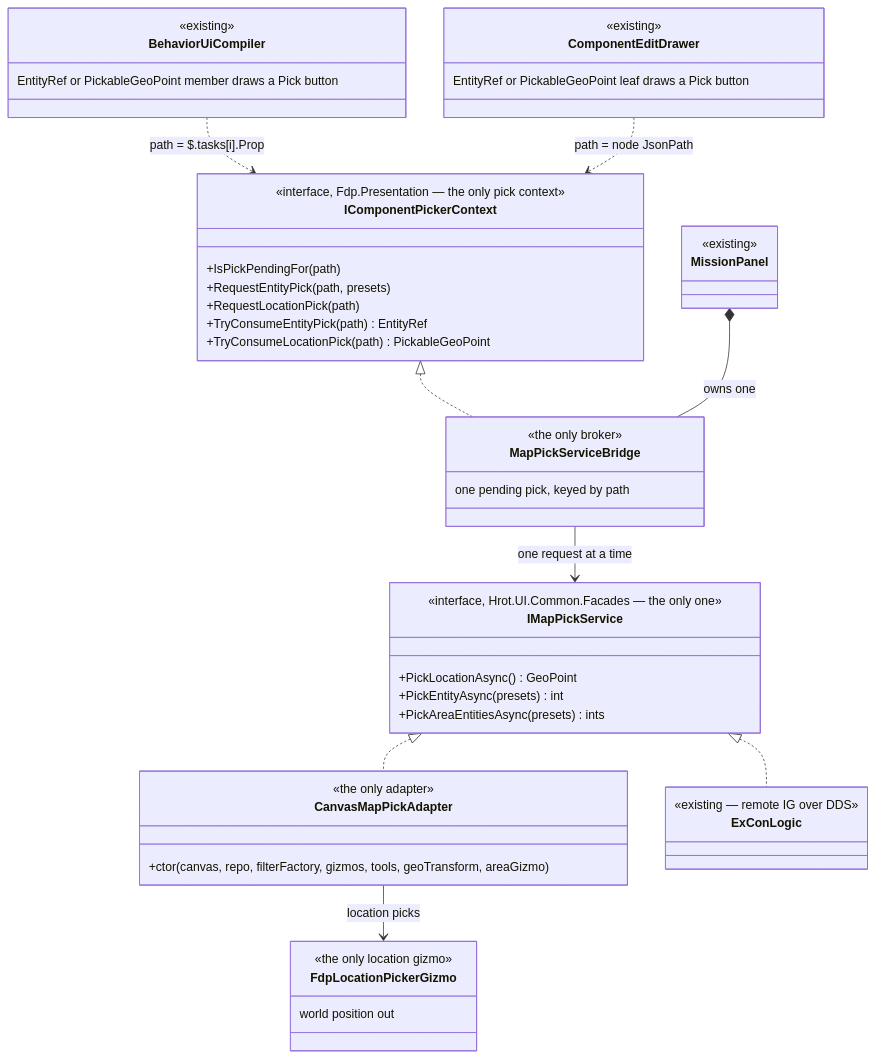
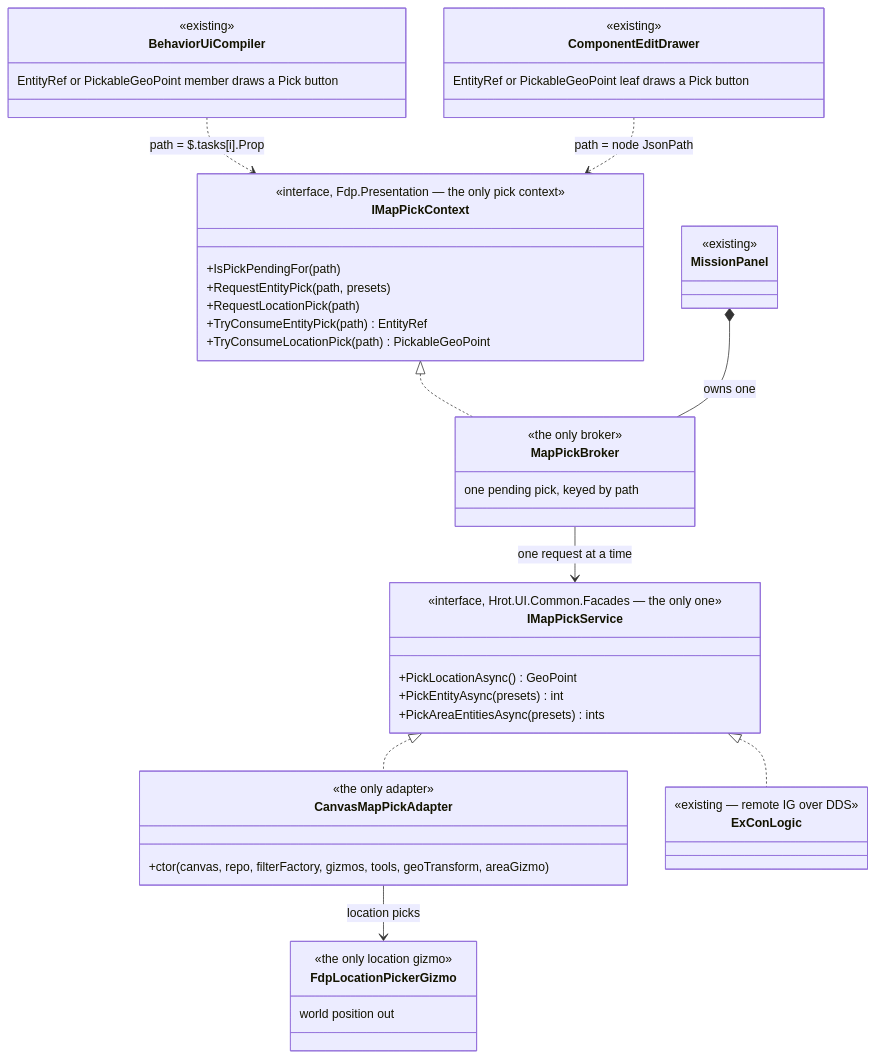
The first of 3 diagrams in docs/blueprints/DESIGN_Map_Picking_Unification.md (pjanec/HROT), drawn with Mermaid before and after one commit. The commit also changed other lines of this file and 31 other files, not shown here.

````diff
--- a/docs/blueprints/DESIGN_Map_Picking_Unification.md
+++ b/docs/blueprints/DESIGN_Map_Picking_Unification.md
@@ -49,51 +49,51 @@
 ```mermaid
 classDiagram
   class IMapPickService {
     <<interface, Hrot.UI.Common.Facades — the only one>>
     +PickLocationAsync() GeoPoint
     +PickEntityAsync(presets) int
     +PickAreaEntitiesAsync(presets) ints
   }
   class CanvasMapPickAdapter {
     <<the only adapter>>
     +ctor(canvas, repo, filterFactory, gizmos, tools, geoTransform, areaGizmo)
   }
   class ExConLogic {
     <<existing — remote IG over DDS>>
   }
   class FdpLocationPickerGizmo {
     <<the only location gizmo>>
     world position out
   }
-  class IComponentPickerContext {
+  class IMapPickContext {
     <<interface, Fdp.Presentation — the only pick context>>
     +IsPickPendingFor(path)
     +RequestEntityPick(path, presets)
     +RequestLocationPick(path)
     +TryConsumeEntityPick(path) EntityRef
     +TryConsumeLocationPick(path) PickableGeoPoint
   }
-  class MapPickServiceBridge {
+  class MapPickBroker {
     <<the only broker>>
     one pending pick, keyed by path
   }
   class MissionPanel {
     <<existing>>
   }
   class BehaviorUiCompiler {
     <<existing>>
     EntityRef or PickableGeoPoint member draws a Pick button
   }
   class ComponentEditDrawer {
     <<existing>>
     EntityRef or PickableGeoPoint leaf draws a Pick button
   }
   IMapPickService <|.. CanvasMapPickAdapter
   IMapPickService <|.. ExConLogic
   CanvasMapPickAdapter --> FdpLocationPickerGizmo : location picks
-  IComponentPickerContext <|.. MapPickServiceBridge
-  MapPickServiceBridge --> IMapPickService : one request at a time
-  MissionPanel *-- MapPickServiceBridge : owns one
-  BehaviorUiCompiler ..> IComponentPickerContext : path = $.tasks[i].Prop
-  ComponentEditDrawer ..> IComponentPickerContext : path = node JsonPath
+  IMapPickContext <|.. MapPickBroker
+  MapPickBroker --> IMapPickService : one request at a time
+  MissionPanel *-- MapPickBroker : owns one
+  BehaviorUiCompiler ..> IMapPickContext : path = $.tasks[i].Prop
+  ComponentEditDrawer ..> IMapPickContext : path = node JsonPath
 ```
````
